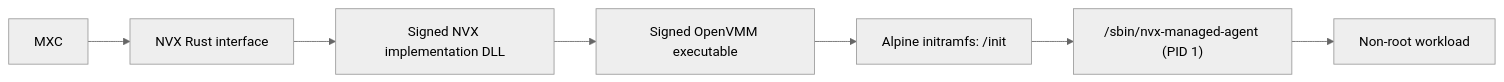
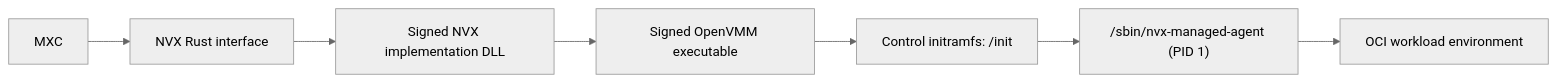
Before and after one commit to microsoft/mxc: the first of 3 diagrams in docs/nvx-integration.md, drawn with Mermaid (neutral theme). The commit also changed other lines of this file, not shown here.

Commit message:
Refine NVX integration proposal

````diff
--- a/docs/nvx-integration.md
+++ b/docs/nvx-integration.md
@@ -288,9 +308,9 @@
 ```mermaid
 flowchart LR
     MXC["MXC"] --> API["NVX Rust interface"]
     API --> DLL["Signed NVX implementation DLL"]
     DLL --> OpenVMM["Signed OpenVMM executable"]
-    OpenVMM --> Init["Alpine initramfs: /init"]
-    Init --> Alpine["/sbin/nvx-managed-agent (PID 1)"]
-    Alpine --> Workload["Non-root workload"]
+    OpenVMM --> Init["Control initramfs: /init"]
+    Init --> Agent["/sbin/nvx-managed-agent (PID 1)"]
+    Agent --> Workload["OCI workload environment"]
 ```
````
